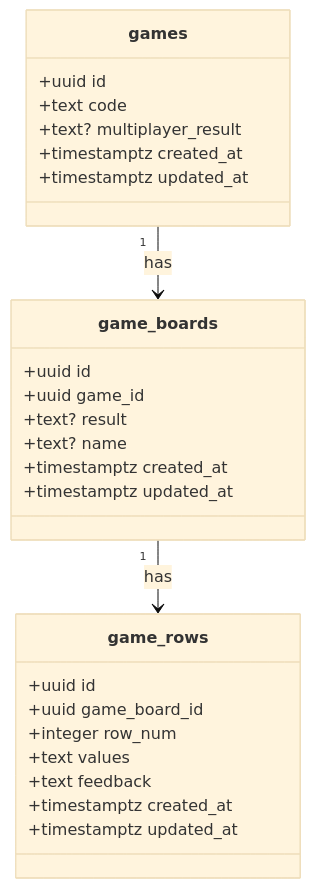
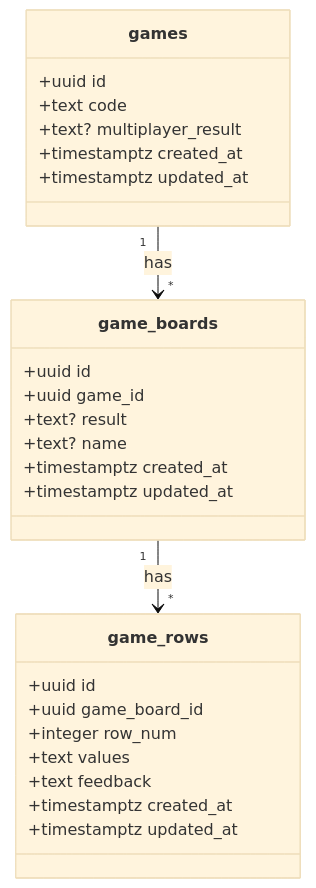
The second of 2 diagrams in README.md (allangelman/mastermind), drawn with Mermaid (base theme) before and after one commit.

````diff
--- a/README.md
+++ b/README.md
@@ -79,33 +79,33 @@
 ```mermaid
 classDiagram
-games "1" --> "_" game_boards : has
-game_boards "1" --> "_" game_rows : has
+games "1" --> "*" game_boards : has
+game_boards "1" --> "*" game_rows : has
 
     class games {
         +uuid id
         +text code
         +text? multiplayer_result
         +timestamptz created_at
     	+timestamptz updated_at
     }
 
     class game_boards {
     	+uuid id
         +uuid game_id
     	+text? result
     	+text? name
         +timestamptz created_at
     	+timestamptz updated_at
     }
 
     class game_rows {
     	+uuid id
         +uuid game_board_id
         +integer row_num
     	+text values
     	+text feedback
         +timestamptz created_at
     	+timestamptz updated_at
 
     }
 ```
````
